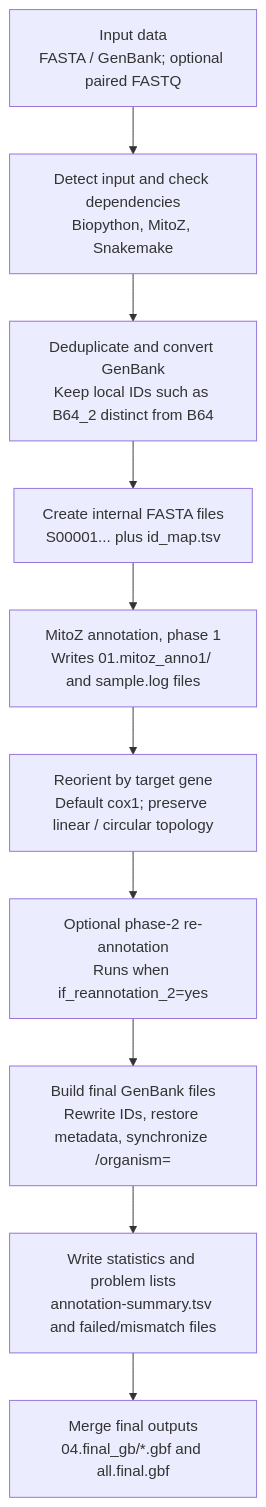
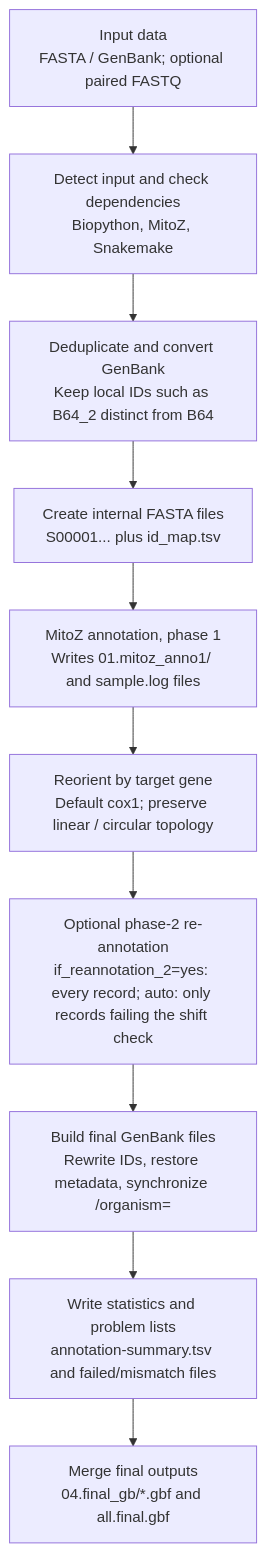
Before and after one commit to deyuanyang92-dev/Temp_scripts: the second of 2 diagrams in Mitoz-annotate/README.md, drawn with Mermaid. The commit also changed other lines of this file and 99 other files, not shown here.

````diff
--- a/Mitoz-annotate/README.md
+++ b/Mitoz-annotate/README.md
@@ -931,14 +947,14 @@
 ```mermaid
 flowchart TD
     A["Input data<br/>FASTA / GenBank; optional paired FASTQ"]
     B["Detect input and check dependencies<br/>Biopython, MitoZ, Snakemake"]
     C["Deduplicate and convert GenBank<br/>Keep local IDs such as B64_2 distinct from B64"]
     D["Create internal FASTA files<br/>S00001... plus id_map.tsv"]
     E["MitoZ annotation, phase 1<br/>Writes 01.mitoz_anno1/ and sample.log files"]
     F["Reorient by target gene<br/>Default cox1; preserve linear / circular topology"]
-    G["Optional phase-2 re-annotation<br/>Runs when if_reannotation_2=yes"]
+    G["Optional phase-2 re-annotation<br/>if_reannotation_2=yes: every record; auto: only records failing the shift check"]
     H["Build final GenBank files<br/>Rewrite IDs, restore metadata, synchronize /organism="]
     I["Write statistics and problem lists<br/>annotation-summary.tsv and failed/mismatch files"]
     J["Merge final outputs<br/>04.final_gb/*.gbf and all.final.gbf"]
     A --> B --> C --> D --> E --> F --> G --> H --> I --> J
 ```
````
